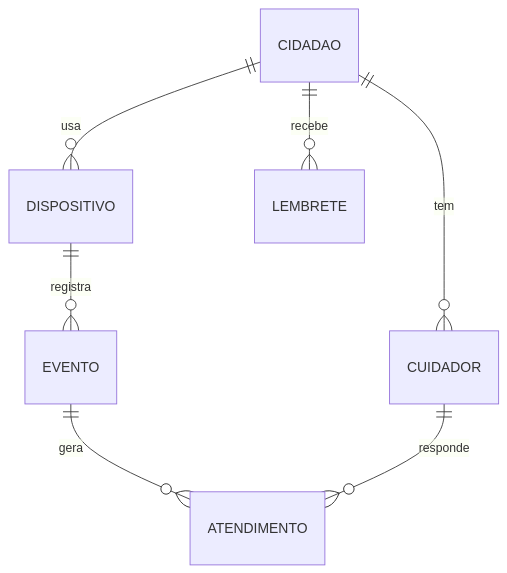
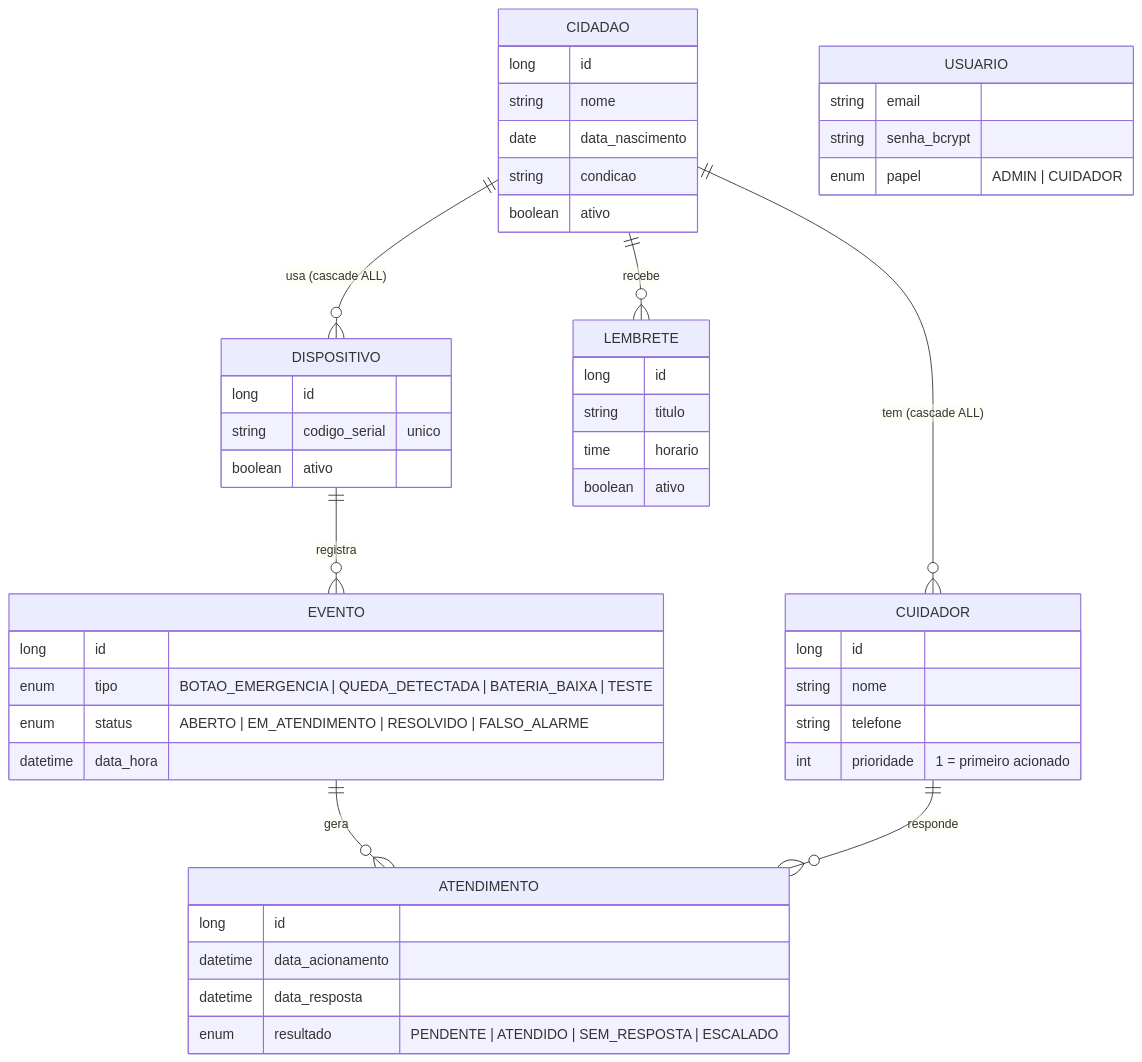
The diagram in README.md (kakarneiro/amparo-api), drawn with Mermaid before and after one commit. The commit also changed other lines of this file, not shown here.

````diff
--- a/README.md
+++ b/README.md
@@ -35,9 +101,50 @@
 ```mermaid
 erDiagram
-    CIDADAO ||--o{ CUIDADOR : "tem"
-    CIDADAO ||--o{ DISPOSITIVO : "usa"
+    CIDADAO ||--o{ CUIDADOR : "tem (cascade ALL)"
+    CIDADAO ||--o{ DISPOSITIVO : "usa (cascade ALL)"
     CIDADAO ||--o{ LEMBRETE : "recebe"
     DISPOSITIVO ||--o{ EVENTO : "registra"
     EVENTO ||--o{ ATENDIMENTO : "gera"
     CUIDADOR ||--o{ ATENDIMENTO : "responde"
+    USUARIO {
+        string email
+        string senha_bcrypt
+        enum papel "ADMIN | CUIDADOR"
+    }
+    CIDADAO {
+        long id
+        string nome
+        date data_nascimento
+        string condicao
+        boolean ativo
+    }
+    CUIDADOR {
+        long id
+        string nome
+        string telefone
+        int prioridade "1 = primeiro acionado"
+    }
+    DISPOSITIVO {
+        long id
+        string codigo_serial "unico"
+        boolean ativo
+    }
+    EVENTO {
+        long id
+        enum tipo "BOTAO_EMERGENCIA | QUEDA_DETECTADA | BATERIA_BAIXA | TESTE"
+        enum status "ABERTO | EM_ATENDIMENTO | RESOLVIDO | FALSO_ALARME"
+        datetime data_hora
+    }
+    ATENDIMENTO {
+        long id
+        datetime data_acionamento
+        datetime data_resposta
+        enum resultado "PENDENTE | ATENDIDO | SEM_RESPOSTA | ESCALADO"
+    }
+    LEMBRETE {
+        long id
+        string titulo
+        time horario
+        boolean ativo
+    }
 ```
````
